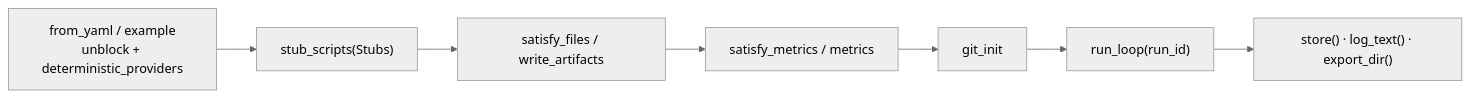
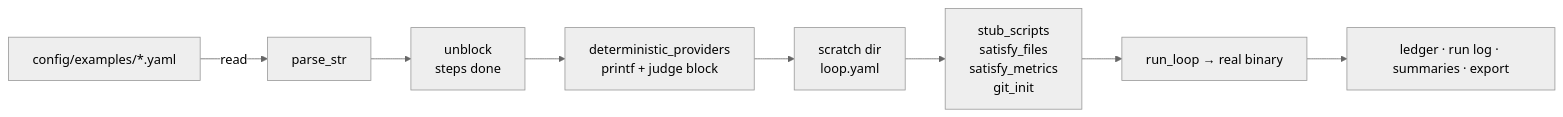
The diagram in wiki/other.md (bitphill/loopsmith), drawn with Mermaid (neutral theme) before and after one commit. The commit also changed other lines of this file and 5 other files, not shown here.

````diff
--- a/wiki/other.md
+++ b/wiki/other.md
@@ -53,9 +33,10 @@
 ```mermaid
 graph LR
-  A["from_yaml / example<br/>unblock + deterministic_providers"] --> B["stub_scripts(Stubs)"]
-  B --> C["satisfy_files / write_artifacts"]
-  C --> D["satisfy_metrics / metrics"]
-  D --> E["git_init"]
-  E --> F["run_loop(run_id)"]
-  F --> G["store() · log_text() · export_dir()"]
+  E["config/examples/*.yaml"] -->|read| P["parse_str"]
+  P --> U["unblock<br/>steps done"]
+  U --> D["deterministic_providers<br/>printf + judge block"]
+  D --> W["scratch dir<br/>loop.yaml"]
+  W --> S["stub_scripts<br/>satisfy_files<br/>satisfy_metrics<br/>git_init"]
+  S --> R["run_loop → real binary"]
+  R --> A["ledger · run log · summaries · export"]
 ```
````
